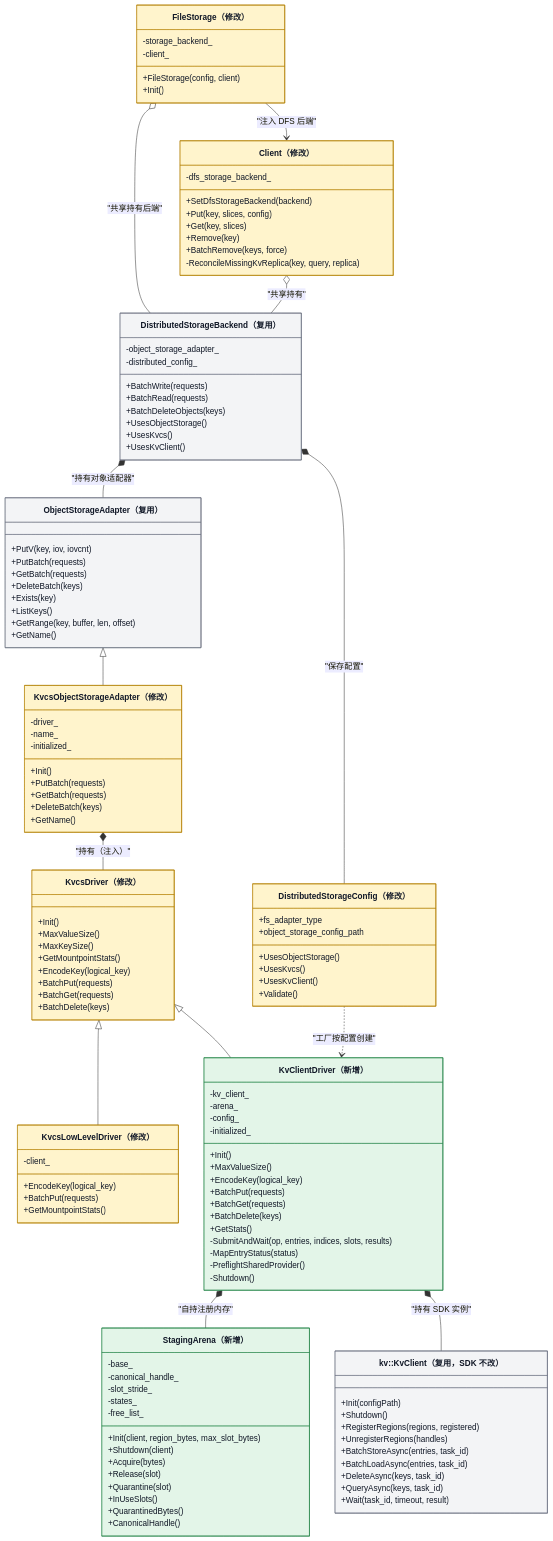
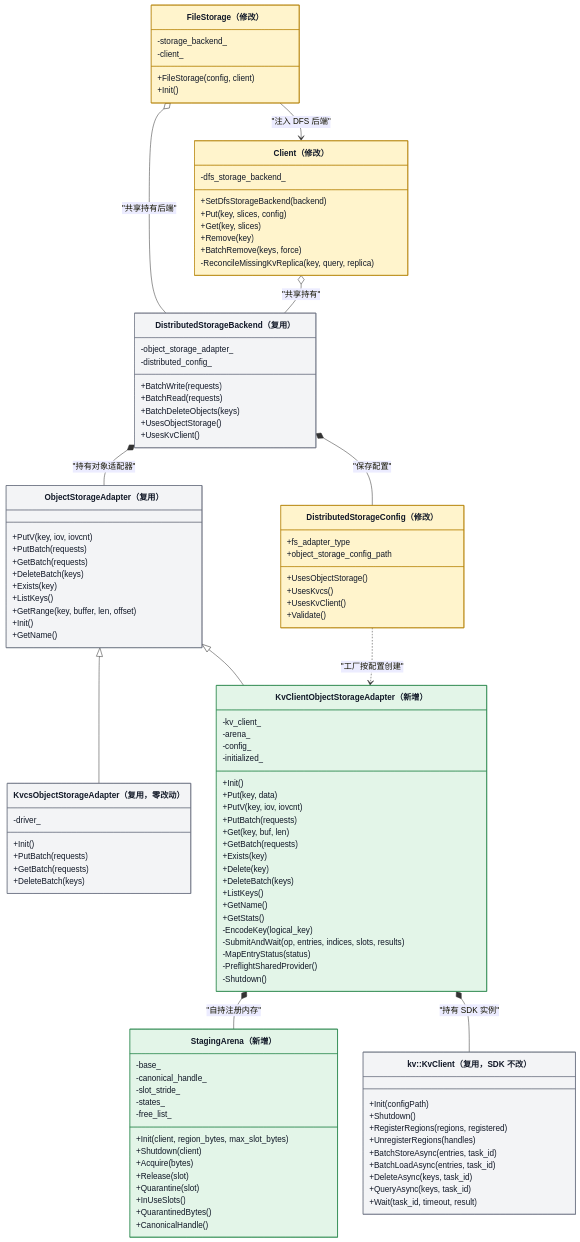
Before and after one commit to zwj20000328-dotcom/Mooncake-documents: the second of 13 diagrams in Mooncake + KVClient L3 接入（Kvcs）- v3.md, drawn with Mermaid. The commit also changed other lines of this file, not shown here.

Commit message:
modified : Mooncake + KVClient L3 接入（Kvcs）- v3.md

````diff
--- a/Mooncake + KVClient L3 接入（Kvcs）- v3.md
+++ b/Mooncake + KVClient L3 接入（Kvcs）- v3.md
@@ -203,7 +176,6 @@
         +BatchRead(requests)
         +BatchDeleteObjects(keys)
         +UsesObjectStorage()
-        +UsesKvcs()
         +UsesKvClient()
     }
     class ObjectStorageAdapter["ObjectStorageAdapter（复用）"] {
@@ -214,46 +186,34 @@
         +Exists(key)
         +ListKeys()
         +GetRange(key, buffer, len, offset)
+        +Init()
         +GetName()
     }
-    class KvcsObjectStorageAdapter["KvcsObjectStorageAdapter（修改）"] {
+    class KvcsObjectStorageAdapter["KvcsObjectStorageAdapter（复用，零改动）"] {
         -driver_
-        -name_
-        -initialized_
         +Init()
         +PutBatch(requests)
         +GetBatch(requests)
         +DeleteBatch(keys)
-        +GetName()
     }
-    class KvcsDriver["KvcsDriver（修改）"] {
-        +Init()
-        +MaxValueSize()
-        +MaxKeySize()
-        +GetMountpointStats()
-        +EncodeKey(logical_key)
-        +BatchPut(requests)
-        +BatchGet(requests)
-        +BatchDelete(keys)
-    }
-    class KvcsLowLevelDriver["KvcsLowLevelDriver（修改）"] {
-        -client_
-        +EncodeKey(logical_key)
-        +BatchPut(requests)
-        +GetMountpointStats()
-    }
-    class KvClientDriver["KvClientDriver（新增）"] {
+    class KvClientObjectStorageAdapter["KvClientObjectStorageAdapter（新增）"] {
         -kv_client_
         -arena_
         -config_
         -initialized_
         +Init()
-        +MaxValueSize()
-        +EncodeKey(logical_key)
-        +BatchPut(requests)
-        +BatchGet(requests)
-        +BatchDelete(keys)
+        +Put(key, data)
+        +PutV(key, iov, iovcnt)
+        +PutBatch(requests)
+        +Get(key, buf, len)
+        +GetBatch(requests)
+        +Exists(key)
+        +Delete(key)
+        +DeleteBatch(keys)
+        +ListKeys()
+        +GetName()
         +GetStats()
+        -EncodeKey(logical_key)
         -SubmitAndWait(op, entries, indices, slots, results)
         -MapEntryStatus(status)
         -PreflightSharedProvider()
@@ -292,22 +252,18 @@
     DistributedStorageBackend *-- DistributedStorageConfig : "保存配置"
     DistributedStorageBackend *-- ObjectStorageAdapter : "持有对象适配器"
     ObjectStorageAdapter <|-- KvcsObjectStorageAdapter
-    KvcsObjectStorageAdapter *-- KvcsDriver : "持有（注入）"
-    KvcsDriver <|-- KvcsLowLevelDriver
-    KvcsDriver <|-- KvClientDriver
-    KvClientDriver *-- StagingArena : "自持注册内存"
-    KvClientDriver *-- SdkKvClient : "持有 SDK 实例"
-    DistributedStorageConfig ..> KvClientDriver : "工厂按配置创建"
+    ObjectStorageAdapter <|-- KvClientObjectStorageAdapter
+    KvClientObjectStorageAdapter *-- StagingArena : "自持注册内存"
+    KvClientObjectStorageAdapter *-- SdkKvClient : "持有 SDK 实例"
+    DistributedStorageConfig ..> KvClientObjectStorageAdapter : "工厂按配置创建"
 
     style DistributedStorageConfig fill:#fff4cc,stroke:#b58105,color:#111827
     style FileStorage fill:#fff4cc,stroke:#b58105,color:#111827
     style Client fill:#fff4cc,stroke:#b58105,color:#111827
-    style KvcsObjectStorageAdapter fill:#fff4cc,stroke:#b58105,color:#111827
-    style KvcsDriver fill:#fff4cc,stroke:#b58105,color:#111827
-    style KvcsLowLevelDriver fill:#fff4cc,stroke:#b58105,color:#111827
-    style KvClientDriver fill:#e3f5e8,stroke:#28864b,color:#111827
+    style KvClientObjectStorageAdapter fill:#e3f5e8,stroke:#28864b,color:#111827
     style StagingArena fill:#e3f5e8,stroke:#28864b,color:#111827
     style DistributedStorageBackend fill:#f3f4f6,stroke:#6b7280,color:#111827
     style ObjectStorageAdapter fill:#f3f4f6,stroke:#6b7280,color:#111827
+    style KvcsObjectStorageAdapter fill:#f3f4f6,stroke:#6b7280,color:#111827
     style SdkKvClient fill:#f3f4f6,stroke:#6b7280,color:#111827
 ```
````
